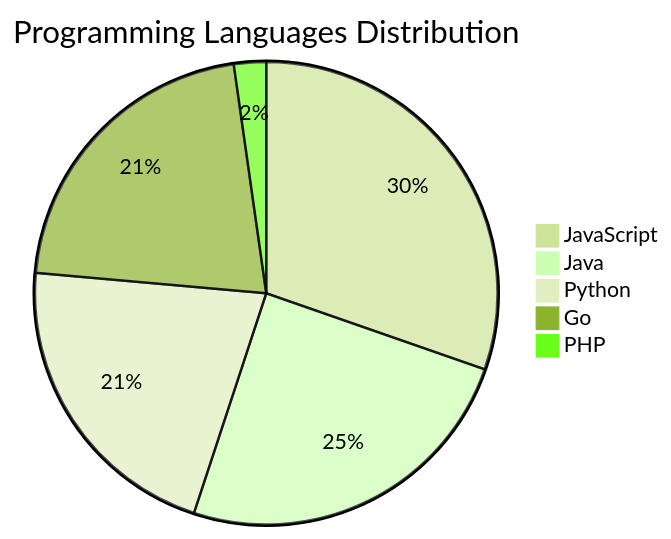
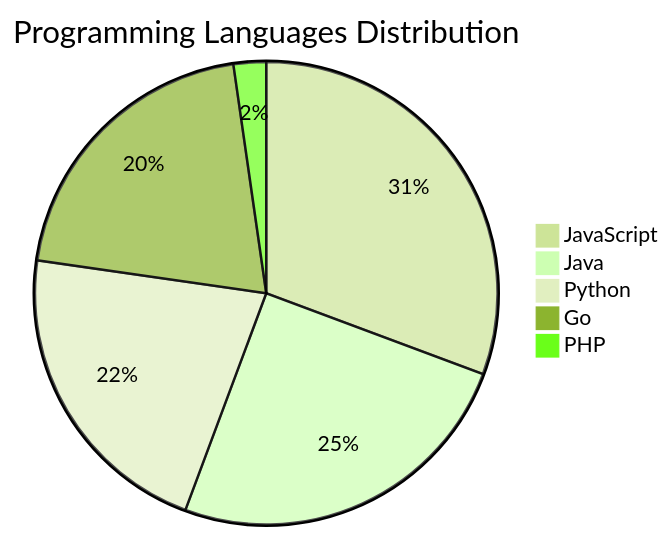
Before and after one commit to Derrick-MUGISHA/github-activity-bot: the diagram in README.md, drawn with Mermaid (forest theme). The commit also changed other lines of this file and 3 other files, not shown here.

````diff
--- a/README.md
+++ b/README.md
@@ -71,8 +71,8 @@
 ```mermaid
 pie title Programming Languages Distribution
     "JavaScript" : 27
     "Java" : 22
     "Python" : 19
-    "Go" : 19
+    "Go" : 18
     "PHP" : 2
 ```
````
